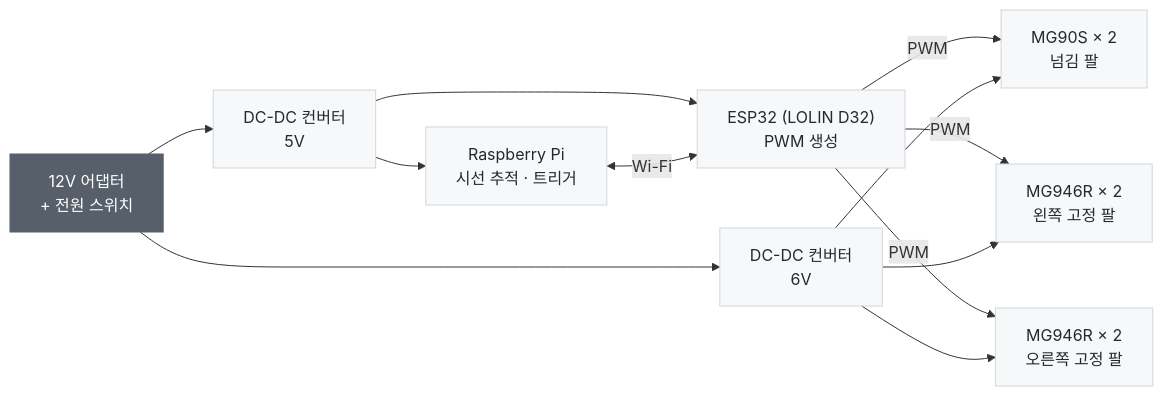
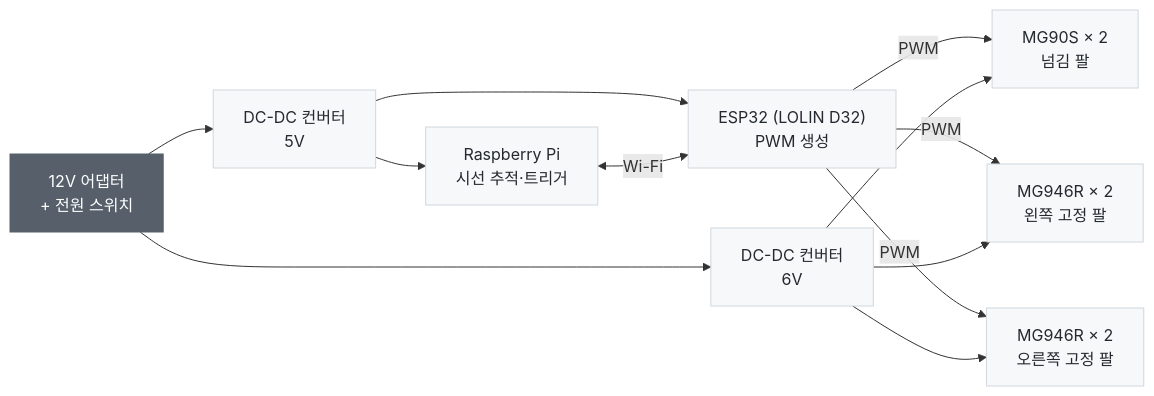
The second of 3 diagrams in page-actuator/README.md (YOOBIN-AN/gaze-page-turner), drawn with Mermaid before and after one commit. The commit also changed other lines of this file and 3 other files, not shown here.

````diff
--- a/page-actuator/README.md
+++ b/page-actuator/README.md
@@ -113,19 +113,19 @@
 ```mermaid
 flowchart LR
     PW["12V 어댑터<br/>+ 전원 스위치"] --> DC1["DC-DC 컨버터<br/>5V"]
     PW --> DC2["DC-DC 컨버터<br/>6V"]
-    DC1 --> RPI["Raspberry Pi<br/>시선 추적 · 트리거"]
+    DC1 --> RPI["Raspberry Pi<br/>시선 추적·트리거"]
     DC1 --> ESP["ESP32 (LOLIN D32)<br/>PWM 생성"]
     RPI <-- Wi-Fi --> ESP
     ESP -- PWM --> S1["MG90S × 2<br/>넘김 팔"]
     ESP -- PWM --> S2["MG946R × 2<br/>왼쪽 고정 팔"]
     ESP -- PWM --> S3["MG946R × 2<br/>오른쪽 고정 팔"]
     DC2 --> S1
     DC2 --> S2
     DC2 --> S3
 
     classDef io fill:#57606a,stroke:#57606a,color:#fff
     classDef step fill:#f6f8fa,stroke:#d0d7de,color:#24292f
     class PW io
     class DC1,DC2,RPI,ESP,S1,S2,S3 step
 ```
````
